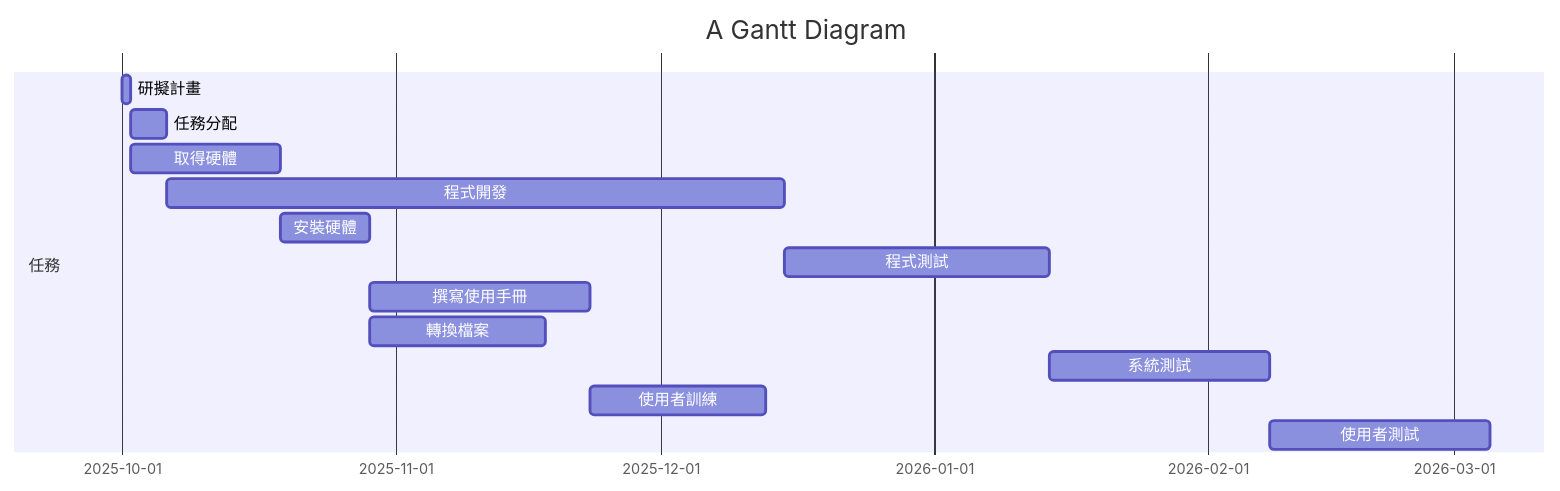
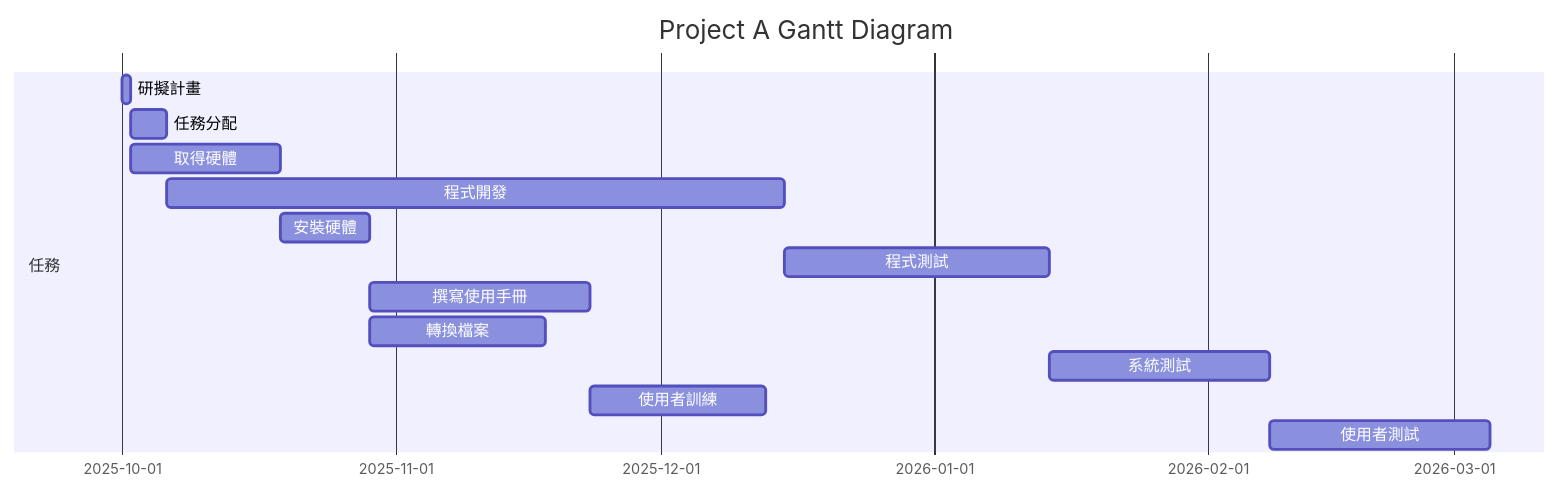
One commit to Bai-liu-li/C112118226 changed the second of 2 diagrams in hw2.md. Above: the diagram before and after it, drawn with Mermaid.

````diff
--- a/hw2.md
+++ b/hw2.md
@@ -31,17 +31,17 @@
 ```mermaid
 gantt
-    title A Gantt Diagram
+    title Project A Gantt Diagram
 
     section 任務
     研擬計畫           :a1, 2025-10-01, 1d
     任務分配     :a2,after a1  , 4d
     取得硬體      :a3,after a1  , 17d
     程式開發      :a4,after a2    ,    70d
     安裝硬體      :a5,after a3,    10d
     程式測試      :a6,after a4,30d
     撰寫使用手冊   :a7,after a5,25d
     轉換檔案      :a8,after a5,20d
     系統測試      :a9,after a6,25d
     使用者訓練    :a10,after a7 and a8,20d
     使用者測試    :a11,after a9 and a10,25d
 ```
````
